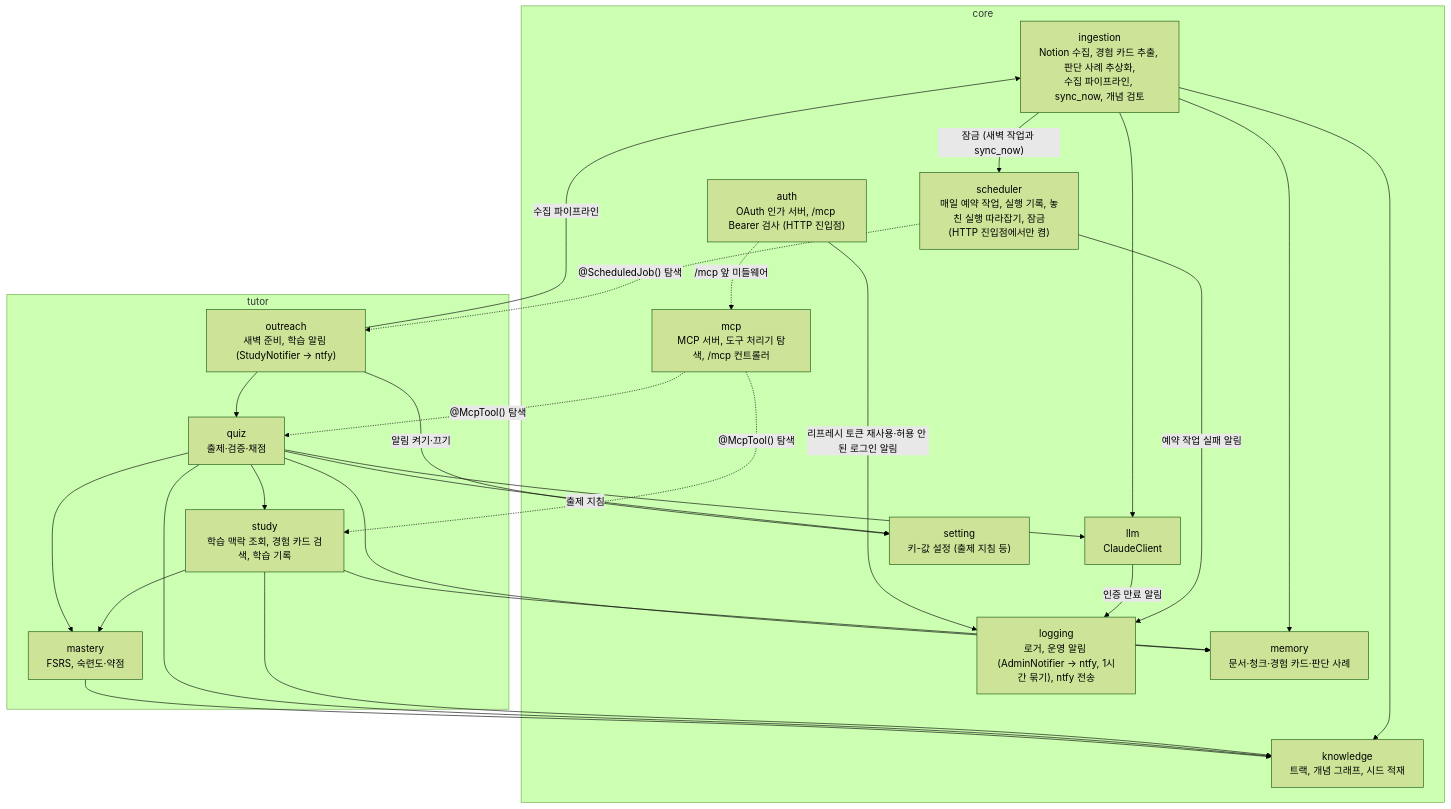
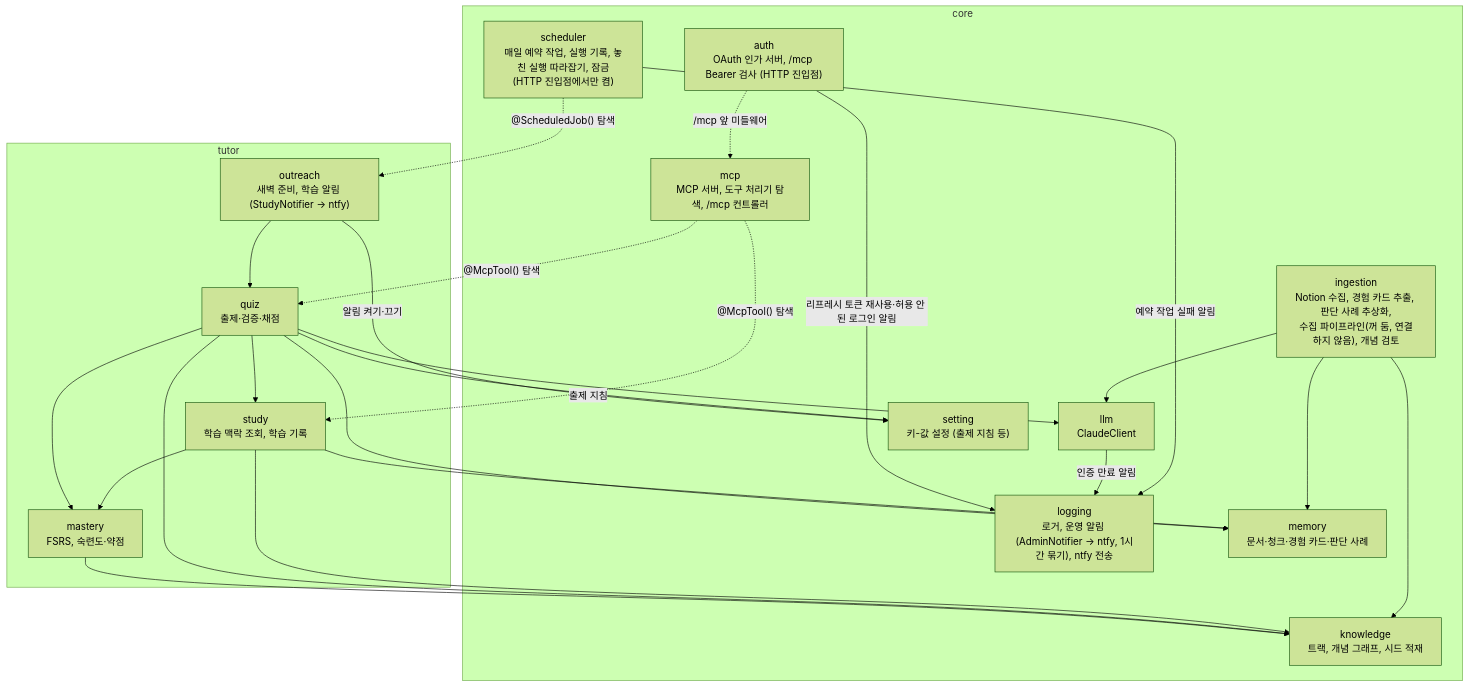
One commit to Wonchang0314/growth-assistant changed the diagram in docs/architecture/c4-3-component.md. Above: the diagram before and after it, drawn with Mermaid (forest theme). The commit also changed other lines of this file and 60 other files, not shown here.

````diff
--- a/docs/architecture/c4-3-component.md
+++ b/docs/architecture/c4-3-component.md
@@ -5,50 +5,48 @@
 ```mermaid
 flowchart TB
     subgraph core
         mcp["mcp<br/>MCP 서버, 도구 처리기 탐색, /mcp 컨트롤러"]
         auth["auth<br/>OAuth 인가 서버, /mcp Bearer 검사 (HTTP 진입점)"]
         llm["llm<br/>ClaudeClient"]
         logging["logging<br/>로거, 운영 알림 (AdminNotifier → ntfy, 1시간 묶기), ntfy 전송"]
         memory["memory<br/>문서·청크·경험 카드·판단 사례"]
         knowledge["knowledge<br/>트랙, 개념 그래프, 시드 적재"]
-        ingestion["ingestion<br/>Notion 수집, 경험 카드 추출, 판단 사례 추상화,<br/>수집 파이프라인, sync_now, 개념 검토"]
+        ingestion["ingestion<br/>Notion 수집, 경험 카드 추출, 판단 사례 추상화,<br/>수집 파이프라인(꺼 둠, 연결하지 않음), 개념 검토"]
         scheduler["scheduler<br/>매일 예약 작업, 실행 기록, 놓친 실행 따라잡기, 잠금<br/>(HTTP 진입점에서만 켬)"]
         setting["setting<br/>키-값 설정 (출제 지침 등)"]
     end
 
     subgraph tutor
-        study["study<br/>학습 맥락 조회, 경험 카드 검색, 학습 기록"]
+        study["study<br/>학습 맥락 조회, 학습 기록"]
         quiz["quiz<br/>출제·검증·채점"]
         mastery["mastery<br/>FSRS, 숙련도·약점"]
         outreach["outreach<br/>새벽 준비, 학습 알림 (StudyNotifier → ntfy)"]
     end
 
     mcp -.->|"@McpTool() 탐색"| study
     mcp -.->|"@McpTool() 탐색"| quiz
     scheduler -.->|"@ScheduledJob() 탐색"| outreach
     scheduler -->|"예약 작업 실패 알림"| logging
-    ingestion -->|"잠금 (새벽 작업과 sync_now)"| scheduler
     llm -->|"인증 만료 알림"| logging
     auth -->|"리프레시 토큰 재사용·허용 안 된 로그인 알림"| logging
     auth -.->|"/mcp 앞 미들웨어"| mcp
     quiz -->|"출제 지침"| setting
 
     ingestion --> llm
     ingestion --> memory
     ingestion --> knowledge
 
     study --> memory
     study --> knowledge
     study --> mastery
 
     quiz --> llm
     quiz --> mastery
     quiz --> memory
     quiz --> knowledge
     quiz --> study
 
     mastery --> knowledge
     outreach --> quiz
-    outreach -->|"수집 파이프라인"| ingestion
     outreach -->|"알림 켜기·끄기"| setting
 ```
````
